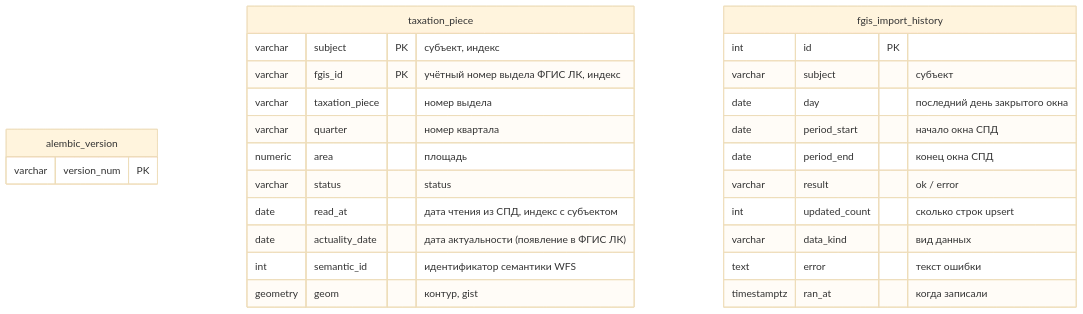
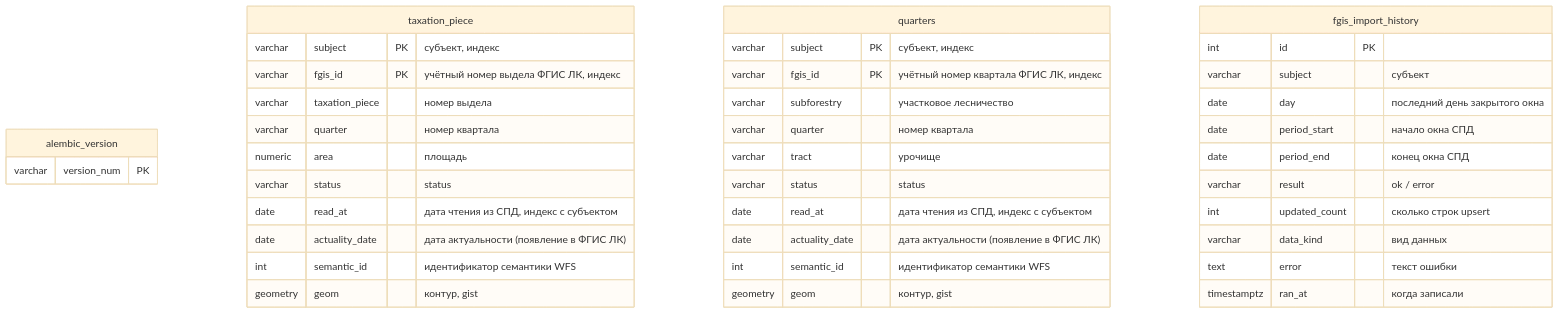
Before and after one commit to AversIgor/dbms: the diagram in migrate/schema.md, drawn with Mermaid (base theme). The commit also changed other lines of this file and 4 other files, not shown here.

Commit message:
Обновление схемы базы данных: добавлена таблица 'quarters' с соответствующими полями и индексами. Изменен требуемый схематический идентификатор на '0008_quarters'. Обновлена документация и контекст для отражения новых данных.

````diff
--- a/migrate/schema.md
+++ b/migrate/schema.md
@@ -5,30 +5,42 @@
 ```mermaid
 erDiagram
   alembic_version {
     varchar version_num PK
   }
   taxation_piece {
     varchar subject PK "субъект, индекс"
     varchar fgis_id PK "учётный номер выдела ФГИС ЛК, индекс"
     varchar taxation_piece "номер выдела"
     varchar quarter "номер квартала"
     numeric area "площадь"
+    varchar status "status"
+    date read_at "дата чтения из СПД, индекс с субъектом"
+    date actuality_date "дата актуальности (появление в ФГИС ЛК)"
+    int semantic_id "идентификатор семантики WFS"
+    geometry geom "контур, gist"
+  }
+  quarters {
+    varchar subject PK "субъект, индекс"
+    varchar fgis_id PK "учётный номер квартала ФГИС ЛК, индекс"
+    varchar subforestry "участковое лесничество"
+    varchar quarter "номер квартала"
+    varchar tract "урочище"
     varchar status "status"
     date read_at "дата чтения из СПД, индекс с субъектом"
     date actuality_date "дата актуальности (появление в ФГИС ЛК)"
     int semantic_id "идентификатор семантики WFS"
     geometry geom "контур, gist"
   }
   fgis_import_history {
     int id PK
     varchar subject "субъект"
     date day "последний день закрытого окна"
     date period_start "начало окна СПД"
     date period_end "конец окна СПД"
     varchar result "ok / error"
     int updated_count "сколько строк upsert"
     varchar data_kind "вид данных"
     text error "текст ошибки"
     timestamptz ran_at "когда записали"
   }
 ```
````
